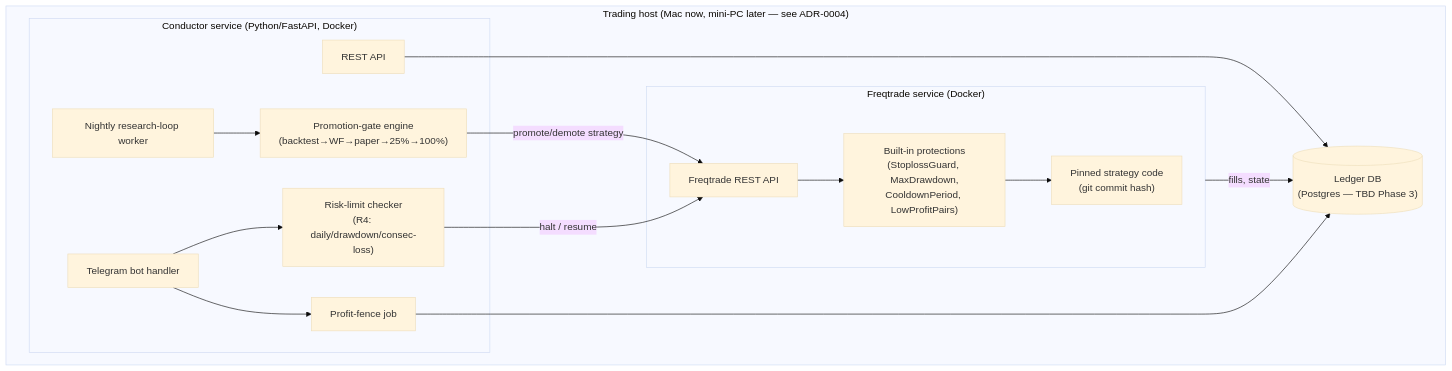
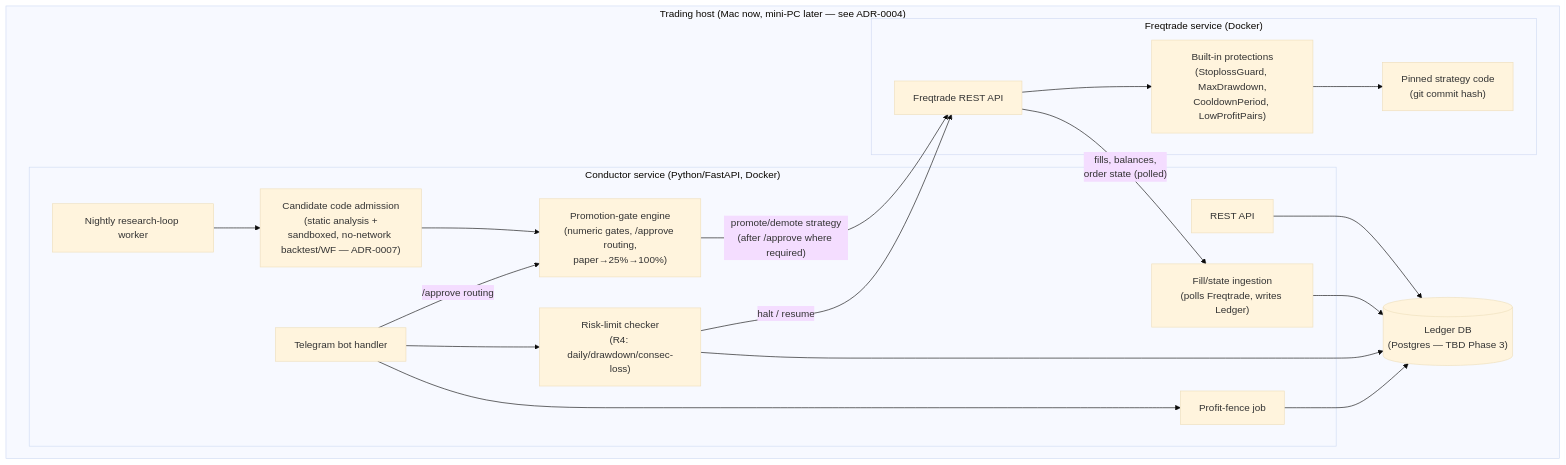
Before and after one commit to aplicy-com/guarded-trader: the second of 2 diagrams in docs/04-architecture/overview.md, drawn with Mermaid (base theme). The commit also changed other lines of this file and 4 other files, not shown here.

Commit message:
docs: candidate code admission gate, push heartbeat, ledger write ownership

````diff
--- a/docs/04-architecture/overview.md
+++ b/docs/04-architecture/overview.md
@@ -44,32 +44,38 @@
 ```mermaid
 flowchart TB
     subgraph Host["Trading host (Mac now, mini-PC later — see ADR-0004)"]
         subgraph ConductorSvc["Conductor service (Python/FastAPI, Docker)"]
             API["REST API"]
+            Ingest["Fill/state ingestion<br/>(polls Freqtrade, writes Ledger)"]
             Loop["Nightly research-loop worker"]
-            Gate["Promotion-gate engine<br/>(backtest→WF→paper→25%→100%)"]
+            Admission["Candidate code admission<br/>(static analysis +<br/>sandboxed, no-network backtest/WF — ADR-0007)"]
+            Gate["Promotion-gate engine<br/>(numeric gates, /approve routing,<br/>paper→25%→100%)"]
             RiskCheck["Risk-limit checker<br/>(R4: daily/drawdown/consec-loss)"]
             Fence["Profit-fence job"]
             Bot["Telegram bot handler"]
         end
 
         subgraph FreqtradeSvc["Freqtrade service (Docker)"]
             Strategy["Pinned strategy code<br/>(git commit hash)"]
             Protections["Built-in protections<br/>(StoplossGuard, MaxDrawdown,<br/>CooldownPeriod, LowProfitPairs)"]
             REST["Freqtrade REST API"]
         end
 
         Ledger[("Ledger DB<br/>(Postgres — TBD Phase 3)")]
     end
 
     API --> Ledger
-    Loop --> Gate
-    Gate -- "promote/demote strategy" --> REST
+    REST -- "fills, balances,<br/>order state (polled)" --> Ingest
+    Ingest --> Ledger
+    Loop --> Admission
+    Admission --> Gate
+    Gate -- "promote/demote strategy<br/>(after /approve where required)" --> REST
+    Bot -- "/approve routing" --> Gate
     RiskCheck -- "halt / resume" --> REST
+    RiskCheck --> Ledger
     Fence --> Ledger
     Bot --> RiskCheck
     Bot --> Fence
     REST --> Protections
     Protections --> Strategy
-    FreqtradeSvc -- "fills, state" --> Ledger
 ```
````
